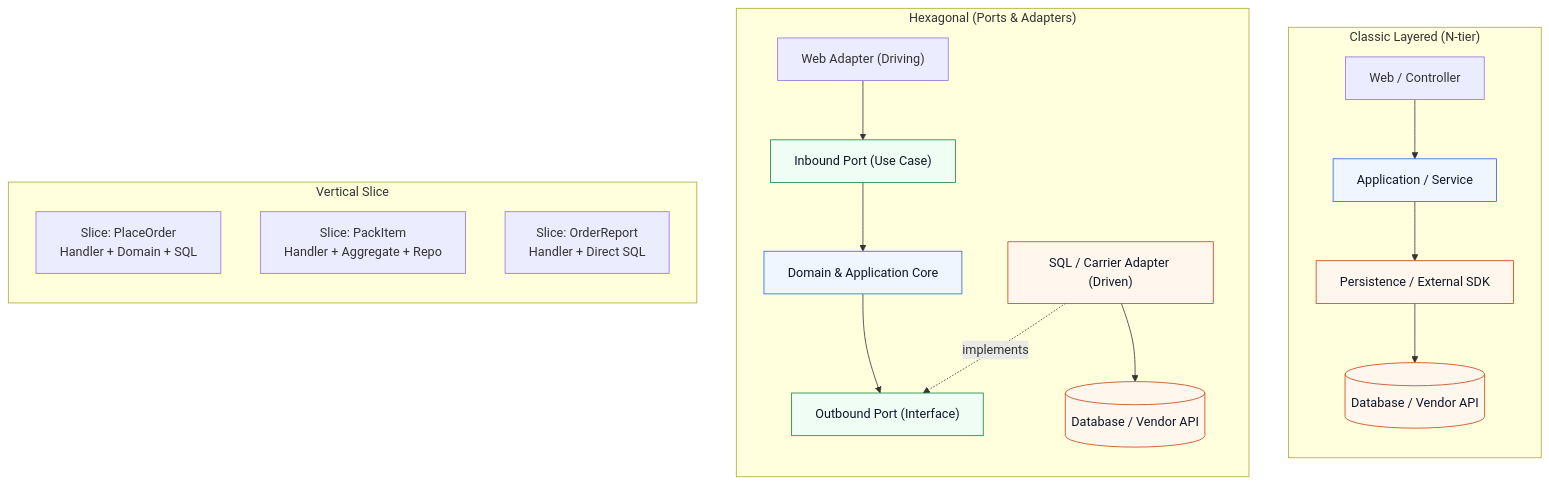
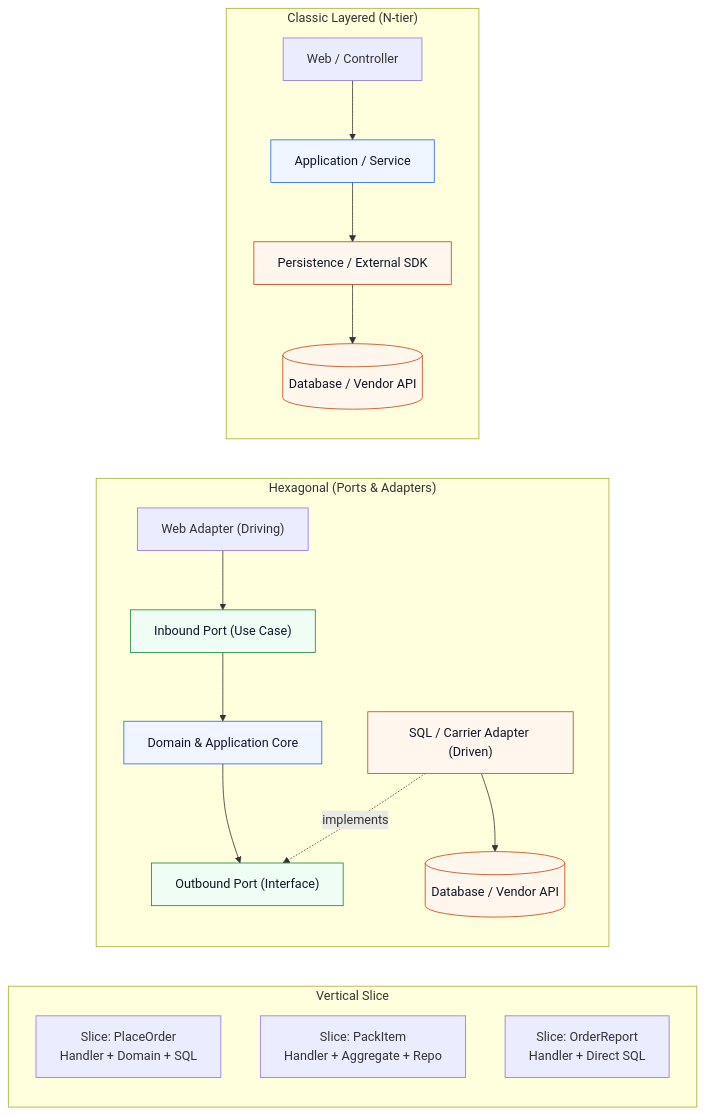
One commit to derricksaw/learning changed the third of 8 diagrams in software-design/repository-architecture-and-design-patterns.md. Above: the diagram before and after it, drawn with Mermaid. The commit also changed other lines of this file, not shown here.

Commit message:
Fix Mermaid parse error and dark-mode contrast in repository architecture note

````diff
--- a/software-design/repository-architecture-and-design-patterns.md
+++ b/software-design/repository-architecture-and-design-patterns.md
@@ -122,32 +122,33 @@
 ```mermaid
 flowchart TB
     subgraph LAY["Classic Layered (N-tier)"]
         direction TB
         LW["Web / Controller"] --> LA["Application / Service"]
         LA --> LP["Persistence / External SDK"]
         LP --> LDB[("Database / Vendor API")]
     end
 
     subgraph HEX["Hexagonal (Ports & Adapters)"]
         direction TB
         HW["Web Adapter (Driving)"] --> IP["Inbound Port (Use Case)"]
         IP --> CORE["Domain & Application Core"]
         CORE --> OP["Outbound Port (Interface)"]
         HA["SQL / Carrier Adapter (Driven)"] -.->|implements| OP
         HA --> HDB[("Database / Vendor API")]
     end
 
     subgraph VSA["Vertical Slice"]
         direction TB
         S1["Slice: PlaceOrder<br/>Handler + Domain + SQL"]
         S2["Slice: PackItem<br/>Handler + Aggregate + Repo"]
         S3["Slice: OrderReport<br/>Handler + Direct SQL"]
     end
 
     classDef core fill:#eff6ff,stroke:#2563eb,color:#0f172a
     classDef port fill:#f0fdf4,stroke:#15803d,color:#0f172a
     classDef infra fill:#fff7ed,stroke:#c2410c,color:#0f172a
     class CORE,LA core
     class IP,OP port
     class LDB,HDB,HA,LP infra
+    LAY ~~~ HEX ~~~ VSA
 ```
````
